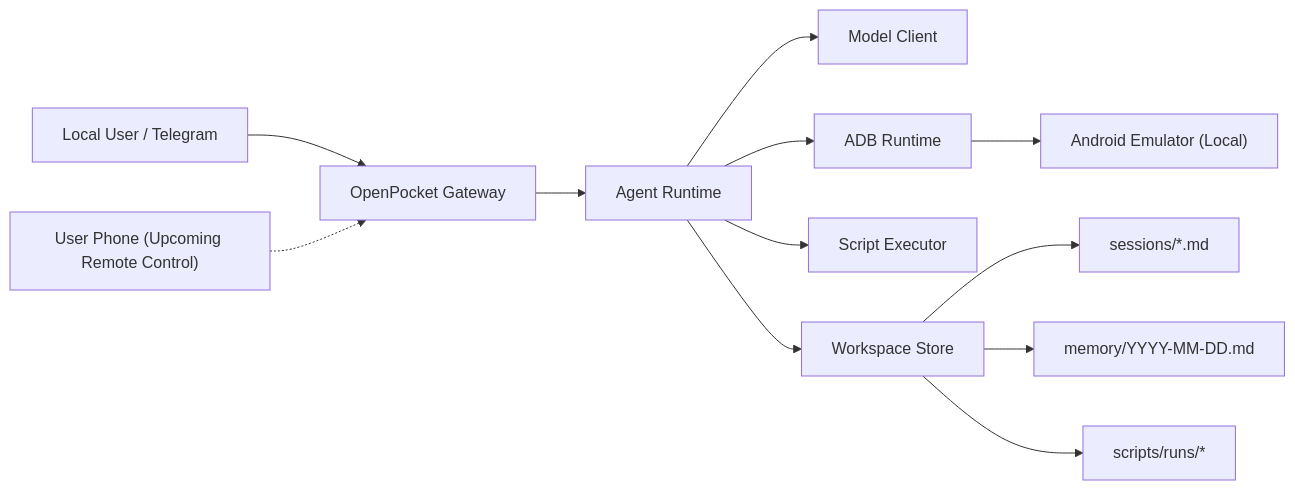
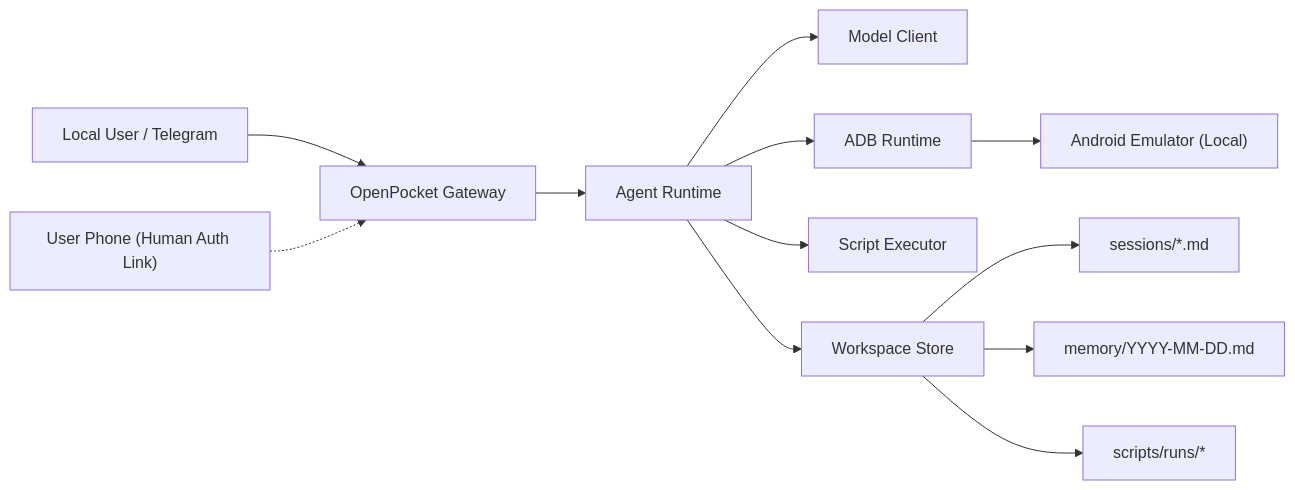
The diagram in README.md (SergioChan/openpocket), drawn with Mermaid before and after one commit. The commit also changed other lines of this file, not shown here.

````diff
--- a/README.md
+++ b/README.md
@@ -50,14 +97,14 @@
 ```mermaid
 flowchart LR
   U["Local User / Telegram"] --> G["OpenPocket Gateway"]
   G --> A["Agent Runtime"]
   A --> M["Model Client"]
   A --> D["ADB Runtime"]
   A --> S["Script Executor"]
   D --> E["Android Emulator (Local)"]
   A --> W["Workspace Store"]
   W --> SS["sessions/*.md"]
   W --> MM["memory/YYYY-MM-DD.md"]
   W --> RR["scripts/runs/*"]
-  RP["User Phone (Upcoming Remote Control)"] -.-> G
+  RP["User Phone (Human Auth Link)"] -.-> G
 ```
````
